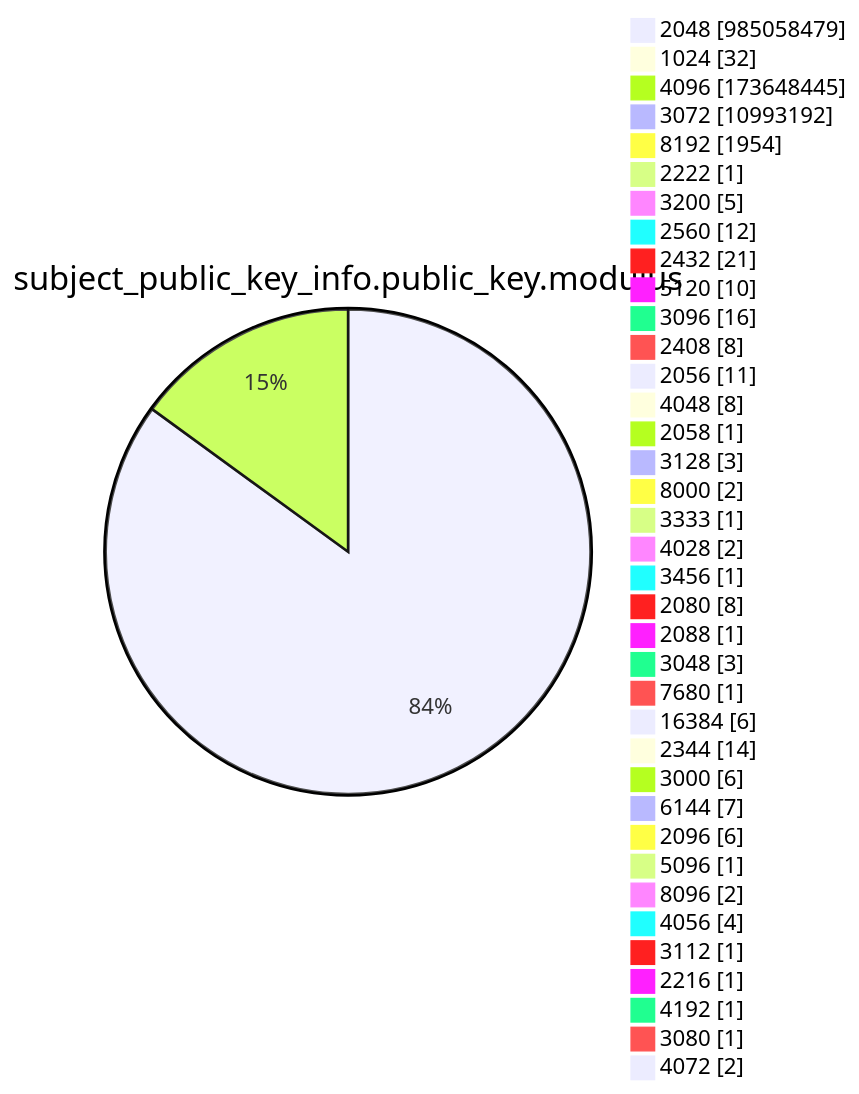
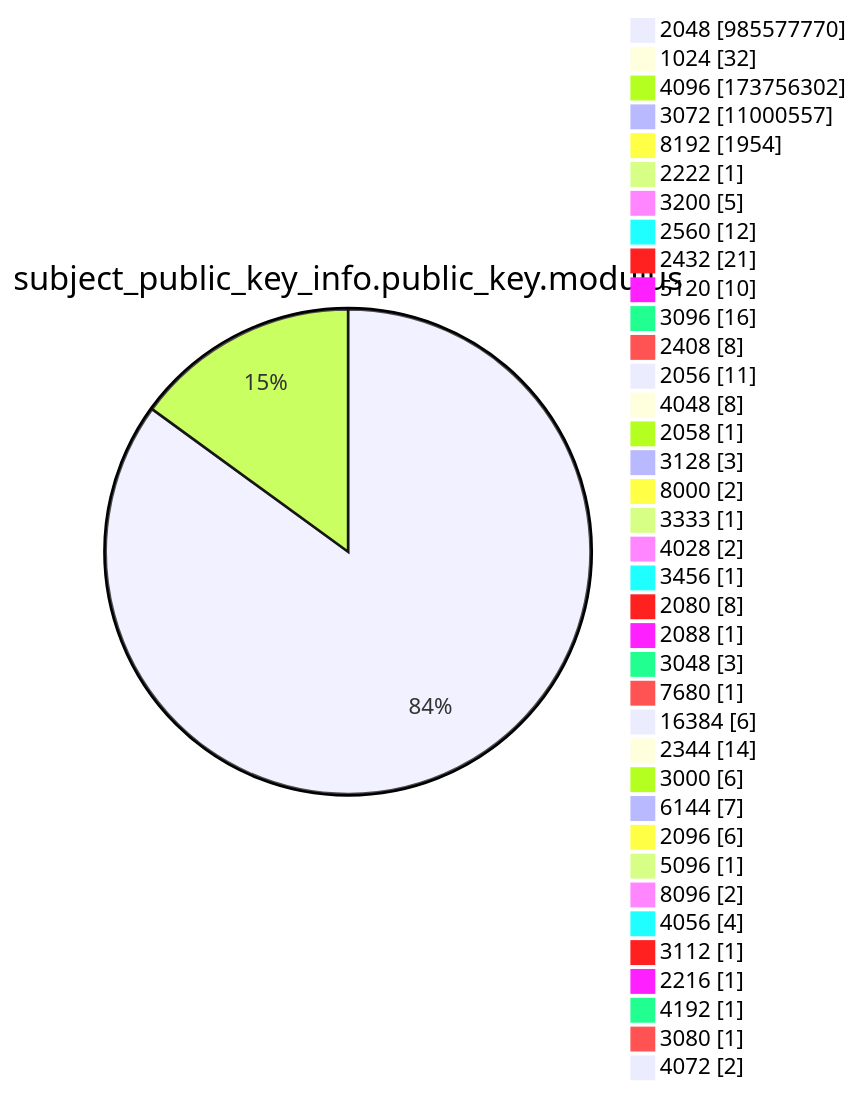
One commit to christiankrug/ctmonitor_visualization changed diagram 13 of 15 in argon2022/README.md. Above: the diagram before and after it, drawn with Mermaid. The commit also changed other lines of this file, not shown here.

````diff
--- a/argon2022/README.md
+++ b/argon2022/README.md
@@ -3587,41 +3587,41 @@
 ```mermaid
 pie showData
 title subject_public_key_info.public_key.modulus
-"2048" :985058479
+"2048" :985577770
 "1024" :32
-"4096" :173648445
-"3072" :10993192
+"4096" :173756302
+"3072" :11000557
 "8192" :1954
 "2222" :1
 "3200" :5
 "2560" :12
 "2432" :21
 "5120" :10
 "3096" :16
 "2408" :8
 "2056" :11
 "4048" :8
 "2058" :1
 "3128" :3
 "8000" :2
 "3333" :1
 "4028" :2
 "3456" :1
 "2080" :8
 "2088" :1
 "3048" :3
 "7680" :1
 "16384" :6
 "2344" :14
 "3000" :6
 "6144" :7
 "2096" :6
 "5096" :1
 "8096" :2
 "4056" :4
 "3112" :1
 "2216" :1
 "4192" :1
 "3080" :1
 "4072" :2
 ```
````
